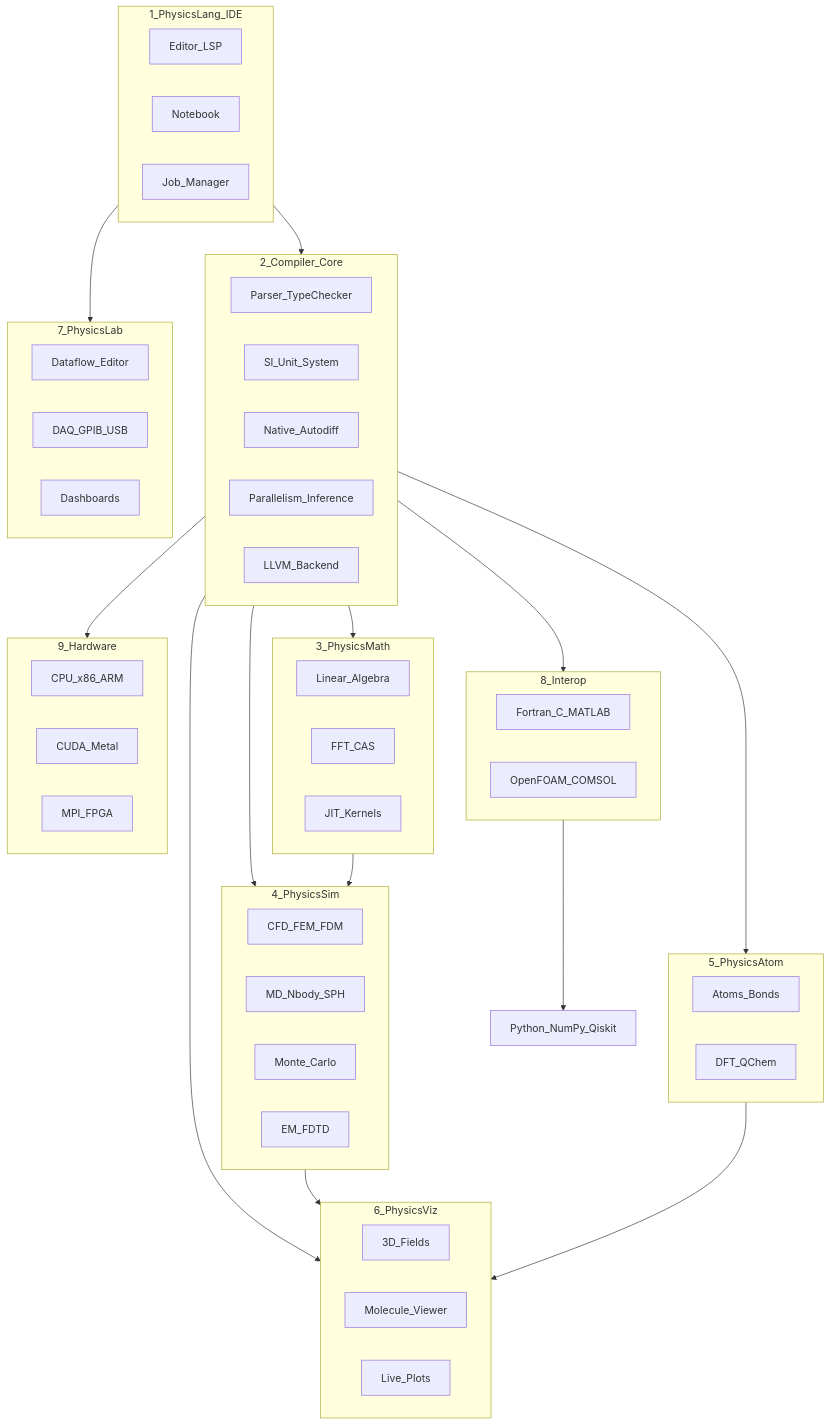
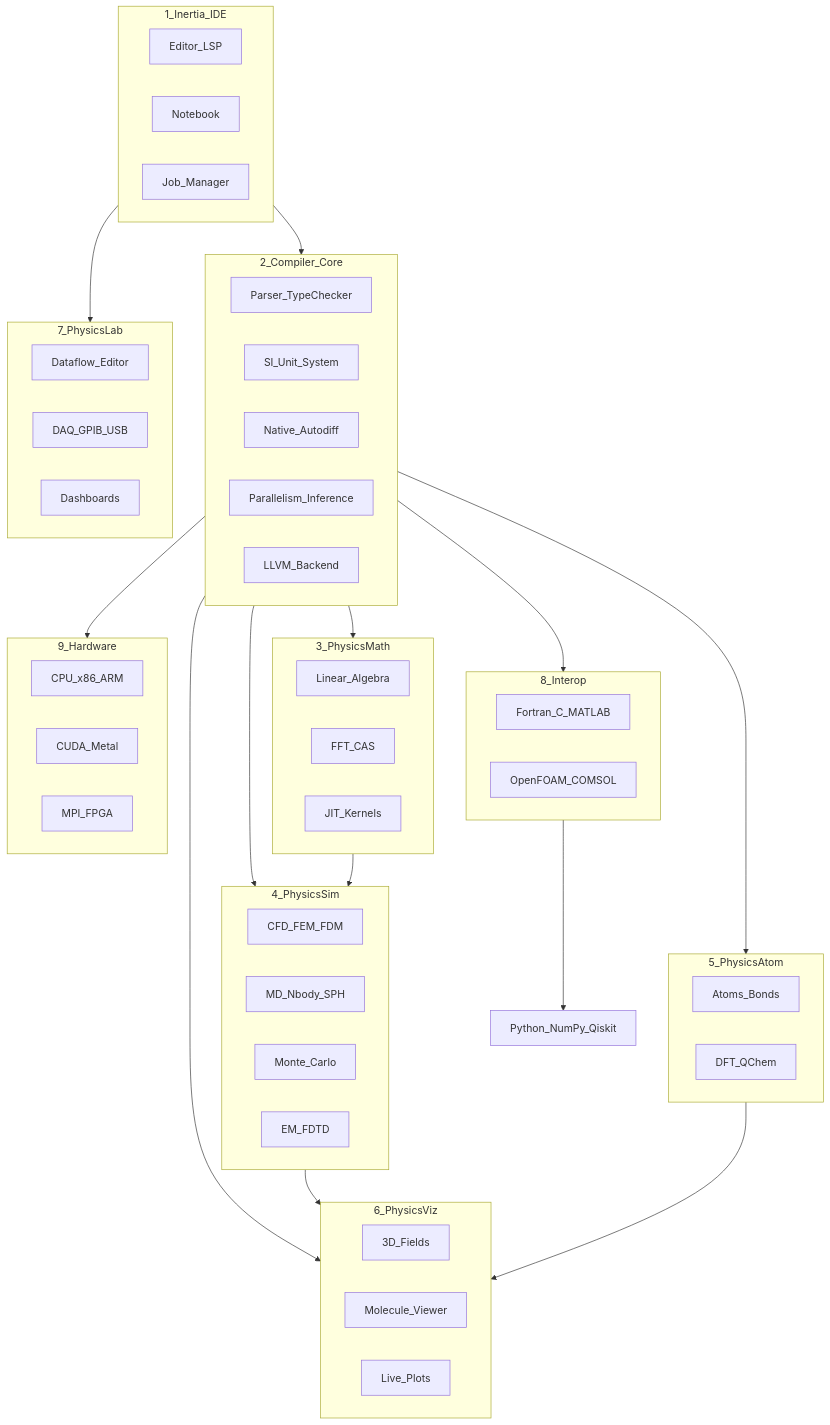
Before and after one commit to MudithDShetty/Inertia: the diagram in docs/architecture.md, drawn with Mermaid. The commit also changed other lines of this file and 52 other files, not shown here.

````diff
--- a/docs/architecture.md
+++ b/docs/architecture.md
@@ -7,70 +7,70 @@
 ```mermaid
 flowchart TB
-  subgraph L1 [1_PhysicsLang_IDE]
+  subgraph L1 [1_Inertia_IDE]
     Editor[Editor_LSP]
     Notebook[Notebook]
     JobMgr[Job_Manager]
   end
 
   subgraph L2 [2_Compiler_Core]
     Parser[Parser_TypeChecker]
     Units[SI_Unit_System]
     Autodiff[Native_Autodiff]
     ParInf[Parallelism_Inference]
     LLVM[LLVM_Backend]
   end
 
   subgraph L3 [3_PhysicsMath]
     LA[Linear_Algebra]
     FFT[FFT_CAS]
     JIT[JIT_Kernels]
   end
 
   subgraph L4 [4_PhysicsSim]
     CFD[CFD_FEM_FDM]
     MD[MD_Nbody_SPH]
     MC[Monte_Carlo]
     EM[EM_FDTD]
   end
 
   subgraph L5 [5_PhysicsAtom]
     Atoms[Atoms_Bonds]
     QChem[DFT_QChem]
   end
 
   subgraph L6 [6_PhysicsViz]
     Field3D[3D_Fields]
     Molecule[Molecule_Viewer]
     Plots[Live_Plots]
   end
 
   subgraph L7 [7_PhysicsLab]
     Dataflow[Dataflow_Editor]
     DAQ[DAQ_GPIB_USB]
     Dashboard[Dashboards]
   end
 
   subgraph L8 [8_Interop]
     Legacy[Fortran_C_MATLAB]
     Formats[OpenFOAM_COMSOL]
   end
 
   subgraph L9 [9_Hardware]
     CPU[CPU_x86_ARM]
     GPU[CUDA_Metal]
     Cluster[MPI_FPGA]
   end
 
   L1 --> L2
   L2 --> L3
   L2 --> L4
   L2 --> L5
   L2 --> L6
   L1 --> L7
   L3 --> L4
   L4 --> L6
   L5 --> L6
   L2 --> L8
   L8 --> Python[Python_NumPy_Qiskit]
   L2 --> L9
 ```
````
